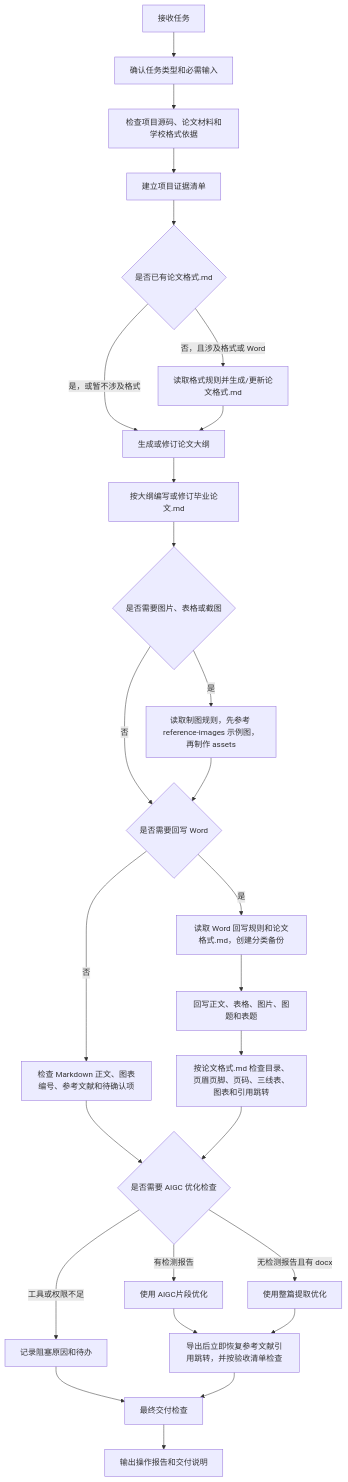
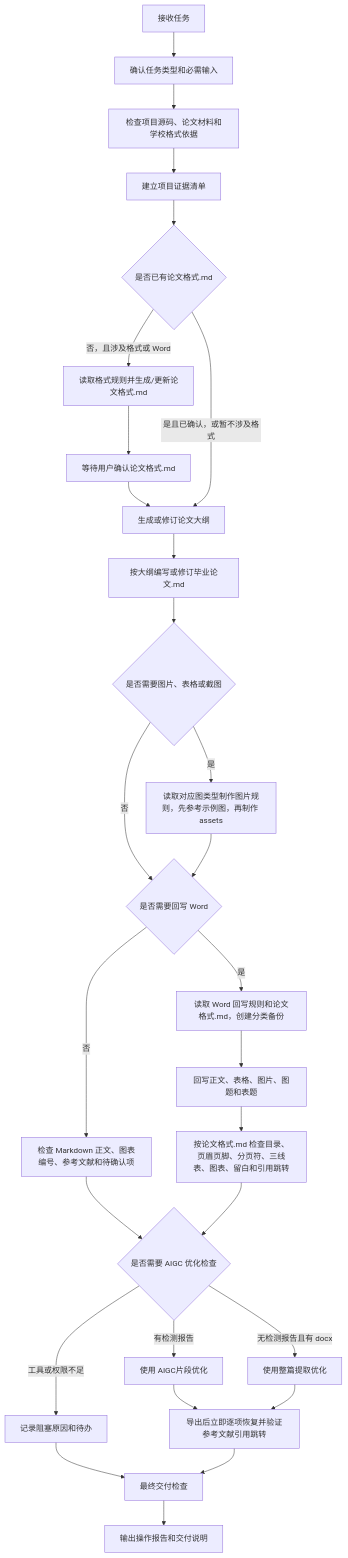
One commit to xyy54323/Graduation-Thesis-skill changed the diagram in SKILL.md. Above: the diagram before and after it, drawn with Mermaid. The commit also changed other lines of this file and 14 other files, not shown here.

Commit message:
完善制图规则与论文格式验收流程

````diff
--- a/SKILL.md
+++ b/SKILL.md
@@ -72,29 +72,30 @@
 ```mermaid
 flowchart TD
     A["接收任务"] --> B["确认任务类型和必需输入"]
     B --> C["检查项目源码、论文材料和学校格式依据"]
     C --> D["建立项目证据清单"]
     D --> E{"是否已有论文格式.md"}
     E -- "否，且涉及格式或 Word" --> F["读取格式规则并生成/更新论文格式.md"]
-    E -- "是，或暂不涉及格式" --> G["生成或修订论文大纲"]
-    F --> G
+    F --> F2["等待用户确认论文格式.md"]
+    F2 --> G["生成或修订论文大纲"]
+    E -- "是且已确认，或暂不涉及格式" --> G
     G --> H["按大纲编写或修订毕业论文.md"]
     H --> I{"是否需要图片、表格或截图"}
-    I -- "是" --> J["读取制图规则，先参考 reference-images 示例图，再制作 assets"]
+    I -- "是" --> J["读取对应图类型制作图片规则，先参考示例图，再制作 assets"]
     I -- "否" --> K{"是否需要回写 Word"}
     J --> K
     K -- "否" --> L["检查 Markdown 正文、图表编号、参考文献和待确认项"]
     K -- "是" --> M["读取 Word 回写规则和论文格式.md，创建分类备份"]
     M --> N["回写正文、表格、图片、图题和表题"]
-    N --> O["按论文格式.md 检查目录、页眉页脚、页码、三线表、图表和引用跳转"]
+    N --> O["按论文格式.md 检查目录、页眉页脚、分页符、三线表、图表、留白和引用跳转"]
     L --> P{"是否需要 AIGC 优化检查"}
     O --> P
     P -- "有检测报告" --> Q["使用 AIGC片段优化"]
     P -- "无检测报告且有 docx" --> R["使用整篇提取优化"]
     P -- "工具或权限不足" --> S["记录阻塞原因和待办"]
-    Q --> T["导出后立即恢复参考文献引用跳转，并按验收清单检查"]
+    Q --> T["导出后立即逐项恢复并验证参考文献引用跳转"]
     R --> T
     S --> U["最终交付检查"]
     T --> U
     U --> V["输出操作报告和交付说明"]
 ```
````
